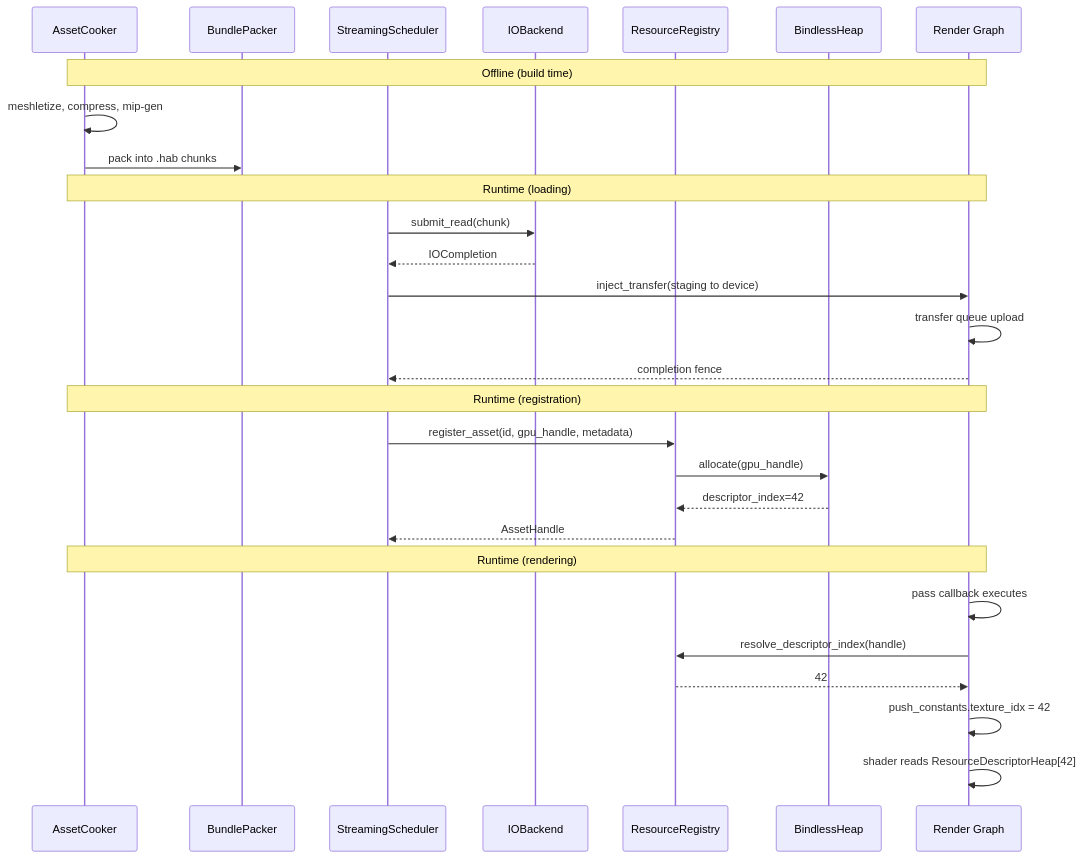
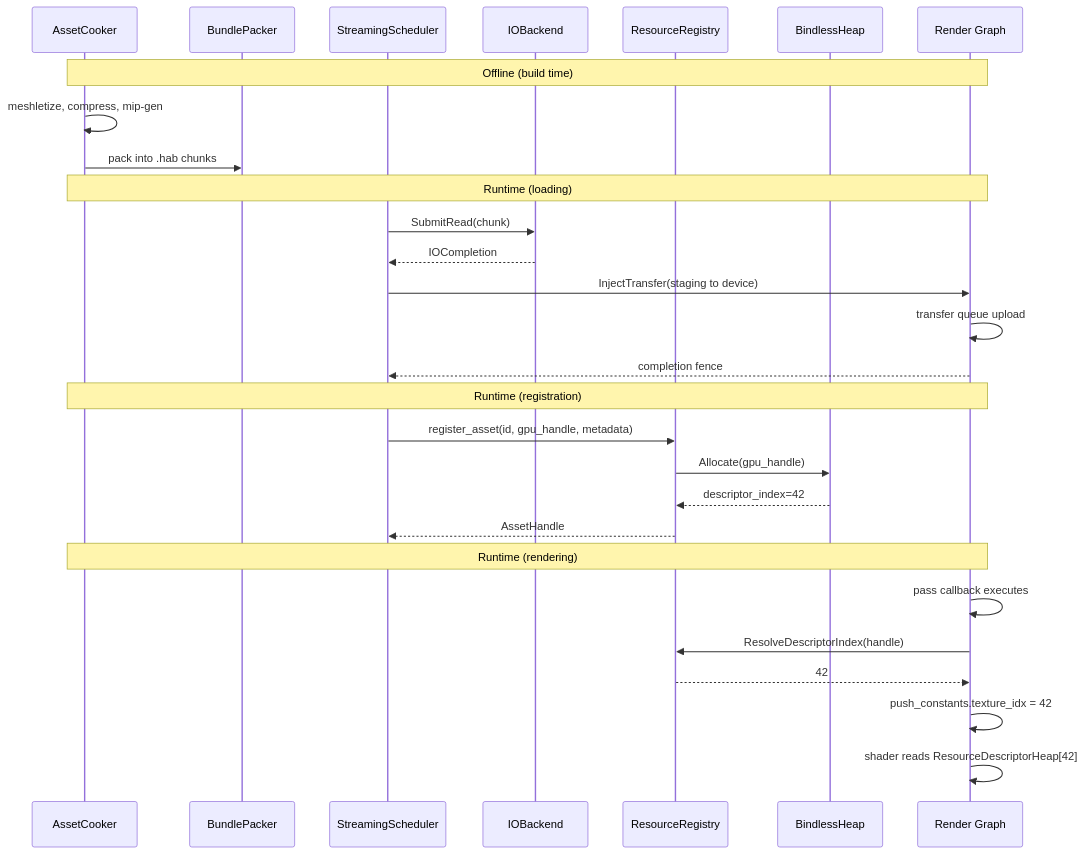
The seventh of 8 diagrams in docs/design/asset-pipeline.md (harmonius-dev/harmonius), drawn with Mermaid before and after one commit. The commit also changed other lines of this file and 67 other files, not shown here.

````diff
--- a/docs/design/asset-pipeline.md
+++ b/docs/design/asset-pipeline.md
@@ -787,34 +773,34 @@
 ```mermaid
 sequenceDiagram
     participant Cook as AssetCooker
     participant Bundle as BundlePacker
     participant Sched as StreamingScheduler
     participant IO as IOBackend
     participant Reg as ResourceRegistry
     participant Heap as BindlessHeap
     participant RG as Render Graph
 
     Note over Cook,RG: Offline (build time)
     Cook->>Cook: meshletize, compress, mip-gen
     Cook->>Bundle: pack into .hab chunks
 
     Note over Cook,RG: Runtime (loading)
-    Sched->>IO: submit_read(chunk)
+    Sched->>IO: SubmitRead(chunk)
     IO-->>Sched: IOCompletion
-    Sched->>RG: inject_transfer(staging to device)
+    Sched->>RG: InjectTransfer(staging to device)
     RG->>RG: transfer queue upload
     RG-->>Sched: completion fence
 
     Note over Cook,RG: Runtime (registration)
     Sched->>Reg: register_asset(id, gpu_handle, metadata)
-    Reg->>Heap: allocate(gpu_handle)
+    Reg->>Heap: Allocate(gpu_handle)
     Heap-->>Reg: descriptor_index=42
     Reg-->>Sched: AssetHandle
 
     Note over Cook,RG: Runtime (rendering)
     RG->>RG: pass callback executes
-    RG->>Reg: resolve_descriptor_index(handle)
+    RG->>Reg: ResolveDescriptorIndex(handle)
     Reg-->>RG: 42
     RG->>RG: push_constants.texture_idx = 42
     RG->>RG: shader reads ResourceDescriptorHeap[42]
 ```
````
